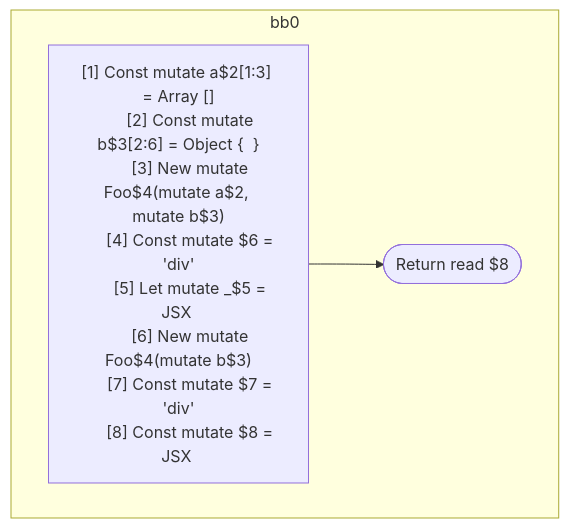
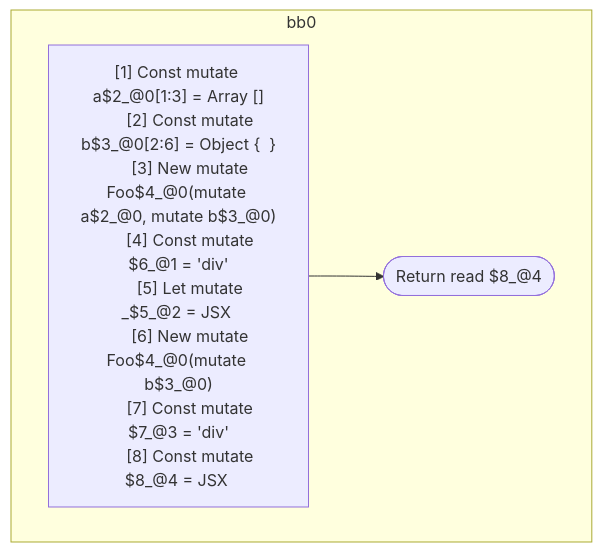
The second of 2 diagrams in compiler/forget/src/__tests__/fixtures/hir/constructor.expect.md (wutsmog/private), drawn with Mermaid before and after one commit. The commit also changed other lines of this file and 60 other files, not shown here.

````diff
--- a/compiler/forget/src/__tests__/fixtures/hir/constructor.expect.md
+++ b/compiler/forget/src/__tests__/fixtures/hir/constructor.expect.md
@@ -63,20 +63,20 @@
 ```mermaid
 flowchart TB
   %% Basic Blocks
   subgraph bb0
     bb0_instrs["
-      [1] Const mutate a$2[1:3] = Array []
-      [2] Const mutate b$3[2:6] = Object {  }
-      [3] New mutate Foo$4(mutate a$2, mutate b$3)
-      [4] Const mutate $6 = 'div'
-      [5] Let mutate _$5 = JSX <read $6 a={freeze a$2} ></read $6>
-      [6] New mutate Foo$4(mutate b$3)
-      [7] Const mutate $7 = 'div'
-      [8] Const mutate $8 = JSX <read $7 a={read a$2} b={freeze b$3} ></read $7>
+      [1] Const mutate a$2_@0[1:3] = Array []
+      [2] Const mutate b$3_@0[2:6] = Object {  }
+      [3] New mutate Foo$4_@0(mutate a$2_@0, mutate b$3_@0)
+      [4] Const mutate $6_@1 = 'div'
+      [5] Let mutate _$5_@2 = JSX <read $6_@1 a={freeze a$2_@0} ></read $6_@1>
+      [6] New mutate Foo$4_@0(mutate b$3_@0)
+      [7] Const mutate $7_@3 = 'div'
+      [8] Const mutate $8_@4 = JSX <read $7_@3 a={read a$2_@0} b={freeze b$3_@0} ></read $7_@3>
     "]
-    bb0_instrs --> bb0_terminal(["Return read $8"])
+    bb0_instrs --> bb0_terminal(["Return read $8_@4"])
   end
 
   %% Jumps
   %% empty
 ```
````
